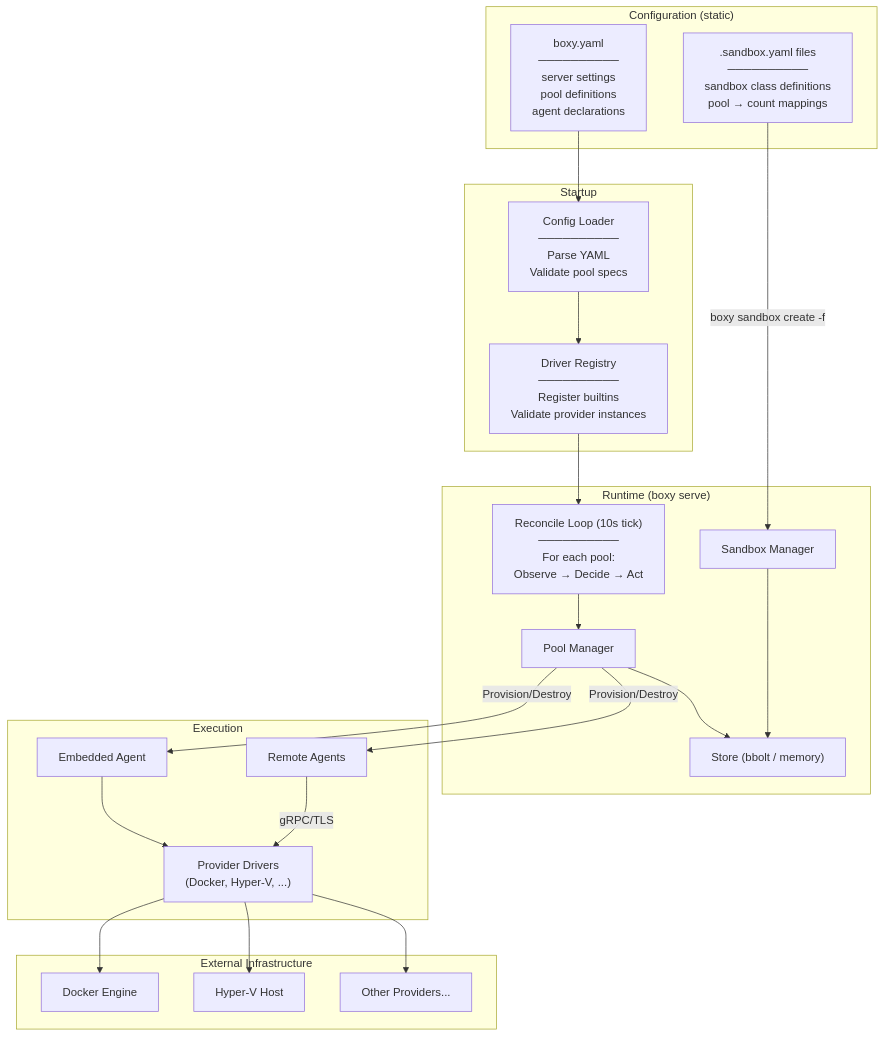
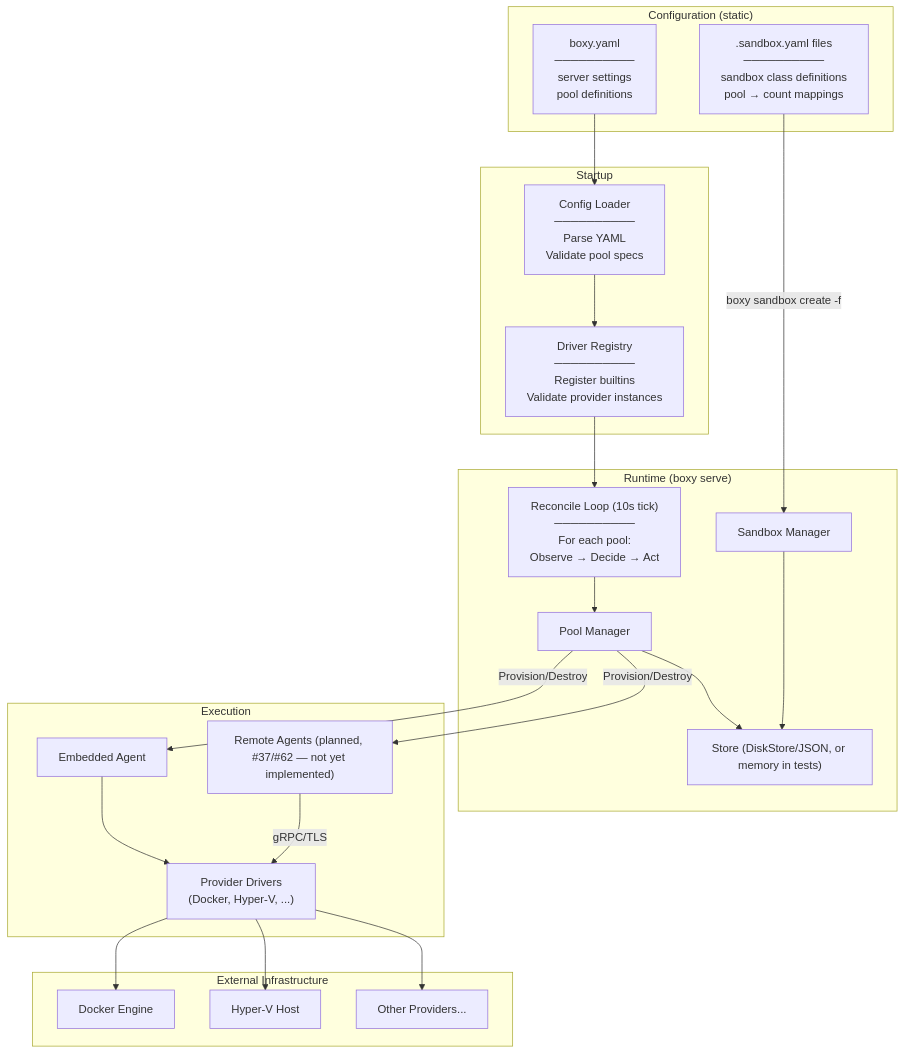
One commit to Geogboe/boxy changed diagram 11 of 12 in docs/architecture.md. Above: the diagram before and after it, drawn with Mermaid. The commit also changed other lines of this file and 5 other files, not shown here.

````diff
--- a/docs/architecture.md
+++ b/docs/architecture.md
@@ -460,50 +463,50 @@
 ```mermaid
 graph TB
     subgraph "Configuration (static)"
-        BoxyYaml["boxy.yaml<br/>──────────<br/>server settings<br/>pool definitions<br/>agent declarations"]
+        BoxyYaml["boxy.yaml<br/>──────────<br/>server settings<br/>pool definitions"]
         SandboxYaml[".sandbox.yaml files<br/>──────────<br/>sandbox class definitions<br/>pool → count mappings"]
     end
 
     subgraph "Startup"
         ConfigLoad["Config Loader<br/>──────────<br/>Parse YAML<br/>Validate pool specs"]
         DriverReg["Driver Registry<br/>──────────<br/>Register builtins<br/>Validate provider instances"]
     end
 
     subgraph "Runtime (boxy serve)"
         RecLoop["Reconcile Loop (10s tick)<br/>──────────<br/>For each pool:<br/>Observe → Decide → Act"]
         PoolMgr["Pool Manager"]
         SandboxMgr["Sandbox Manager"]
-        StoreRT["Store (bbolt / memory)"]
+        StoreRT["Store (DiskStore/JSON, or memory in tests)"]
     end
 
     subgraph "Execution"
         EmbAgent["Embedded Agent"]
-        RemAgent["Remote Agents"]
+        RemAgent["Remote Agents (planned, #37/#62 — not yet implemented)"]
         Drivers["Provider Drivers<br/>(Docker, Hyper-V, ...)"]
     end
 
     subgraph "External Infrastructure"
         Docker["Docker Engine"]
         HyperV["Hyper-V Host"]
         Other["Other Providers..."]
     end
 
     BoxyYaml --> ConfigLoad
     ConfigLoad --> DriverReg
     DriverReg --> RecLoop
 
     RecLoop --> PoolMgr
     PoolMgr --> StoreRT
     PoolMgr -->|"Provision/Destroy"| EmbAgent
     PoolMgr -->|"Provision/Destroy"| RemAgent
 
     SandboxYaml -->|"boxy sandbox create -f"| SandboxMgr
     SandboxMgr --> StoreRT
 
     EmbAgent --> Drivers
     RemAgent -->|"gRPC/TLS"| Drivers
 
     Drivers --> Docker
     Drivers --> HyperV
     Drivers --> Other
 ```
````
